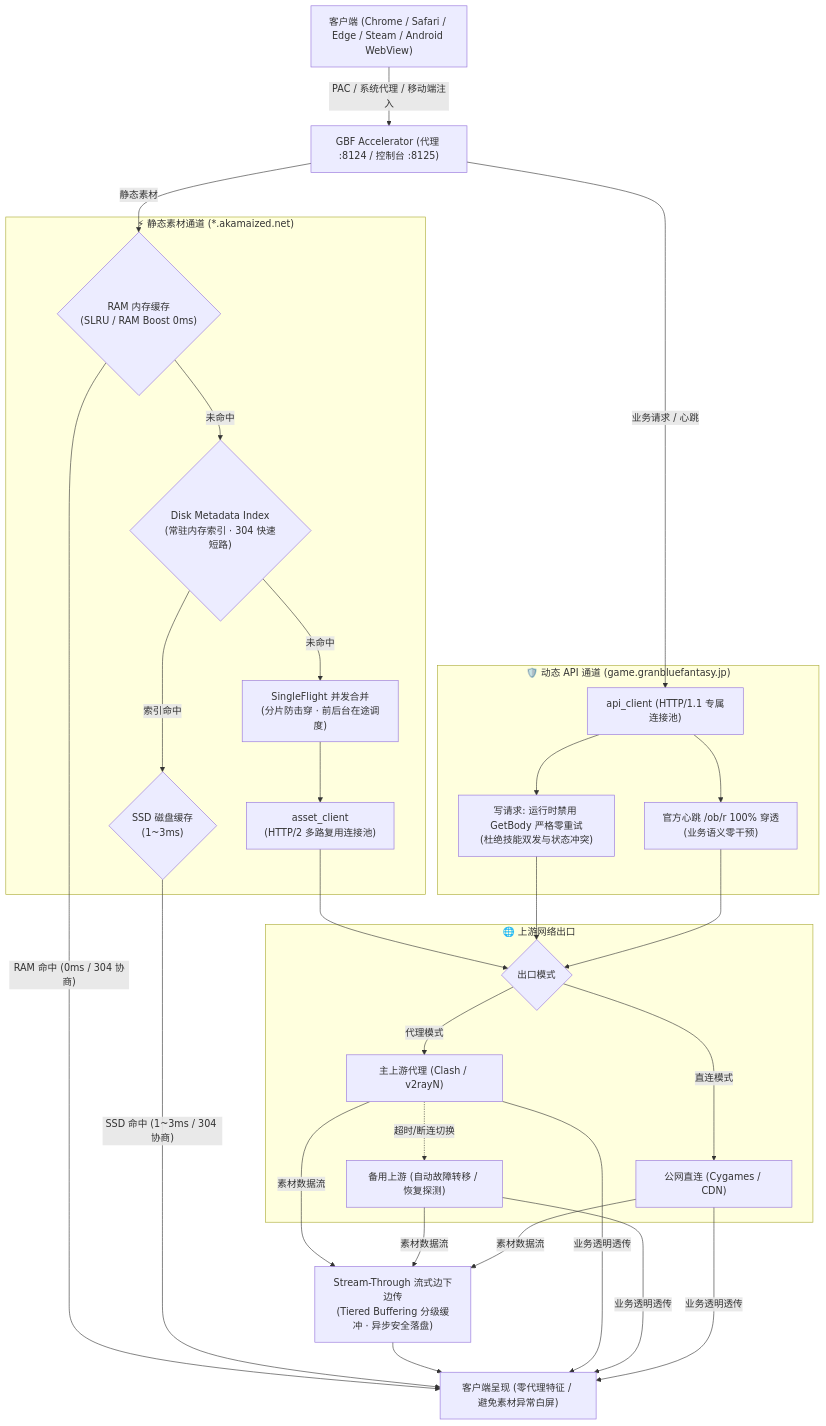
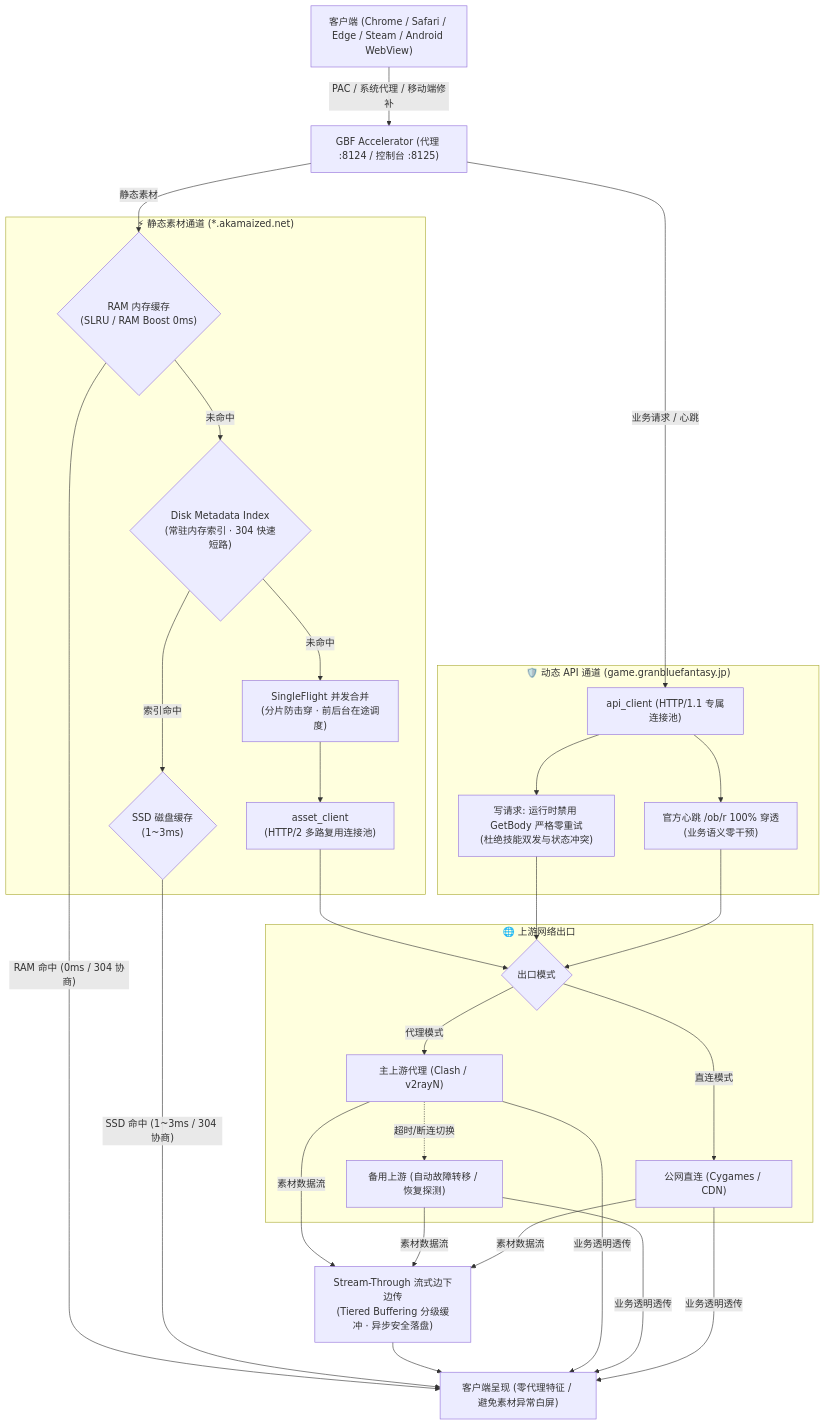
Before and after one commit to Sagisawa/GBF-Accelerator: the diagram in README.md, drawn with Mermaid. The commit also changed other lines of this file and 93 other files, not shown here.

````diff
--- a/README.md
+++ b/README.md
@@ -46,59 +56,59 @@
 ```mermaid
 flowchart TD
     Client["客户端 (Chrome / Safari / Edge / Steam / Android WebView)"]
     Proxy["GBF Accelerator (代理 :8124 / 控制台 :8125)"]
 
-    Client -->|"PAC / 系统代理 / 移动端注入"| Proxy
+    Client -->|"PAC / 系统代理 / 移动端修补"| Proxy
 
     subgraph AssetChannel ["⚡ 静态素材通道 (*.akamaized.net)"]
         RAMCheck{"RAM 内存缓存<br/>(SLRU / RAM Boost 0ms)"}
         DiskMeta{"Disk Metadata Index<br/>(常驻内存索引 · 304 快速短路)"}
         DiskCheck{"SSD 磁盘缓存<br/>(1~3ms)"}
         SingleFlight["SingleFlight 并发合并<br/>(分片防击穿 · 前后台在途调度)"]
         AssetClient["asset_client<br/>(HTTP/2 多路复用连接池)"]
 
         RAMCheck -->|"未命中"| DiskMeta
         DiskMeta -->|"索引命中"| DiskCheck
         DiskMeta -->|"未命中"| SingleFlight
         SingleFlight --> AssetClient
     end
 
     subgraph APIChannel ["🛡️ 动态 API 通道 (game.granbluefantasy.jp)"]
         APIClient["api_client (HTTP/1.1 专属连接池)"]
         ZeroRetry["写请求: 运行时禁用 GetBody 严格零重试<br/>(杜绝技能双发与状态冲突)"]
         Heartbeat["官方心跳 /ob/r 100% 穿透<br/>(业务语义零干预)"]
 
         APIClient --> ZeroRetry
         APIClient --> Heartbeat
     end
 
     subgraph UpstreamGateway ["🌐 上游网络出口"]
         UpstreamMode{"出口模式"}
         UpstreamProxy["主上游代理 (Clash / v2rayN)"]
         FailoverProxy["备用上游 (自动故障转移 / 恢复探测)"]
         DirectNet["公网直连 (Cygames / CDN)"]
 
         UpstreamMode -->|"代理模式"| UpstreamProxy
         UpstreamProxy -.->|"超时/断连切换"| FailoverProxy
         UpstreamMode -->|"直连模式"| DirectNet
     end
 
     Proxy -->|"静态素材"| RAMCheck
     Proxy -->|"业务请求 / 心跳"| APIClient
 
     AssetClient --> UpstreamMode
     ZeroRetry --> UpstreamMode
     Heartbeat --> UpstreamMode
 
     UpstreamProxy -->|"素材数据流"| StreamThrough["Stream-Through 流式边下边传<br/>(Tiered Buffering 分级缓冲 · 异步安全落盘)"]
     FailoverProxy -->|"素材数据流"| StreamThrough
     DirectNet -->|"素材数据流"| StreamThrough
 
     RAMCheck -->|"RAM 命中 (0ms / 304 协商)"| Deliver["客户端呈现 (零代理特征 / 避免素材异常白屏)"]
     DiskCheck -->|"SSD 命中 (1~3ms / 304 协商)"| Deliver
     StreamThrough --> Deliver
 
     UpstreamProxy -->|"业务透明透传"| Deliver
     FailoverProxy -->|"业务透明透传"| Deliver
     DirectNet -->|"业务透明透传"| Deliver
 ```
````
